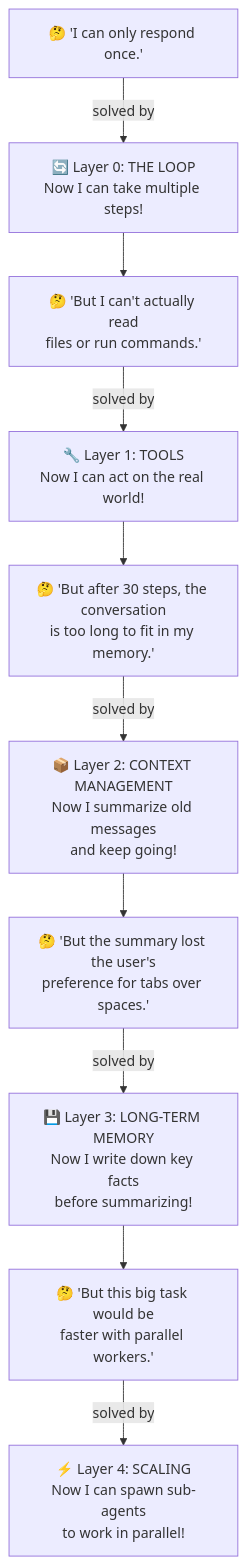
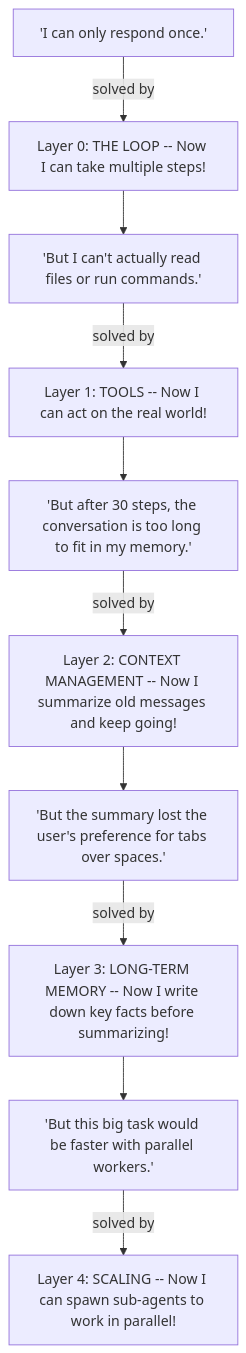
The fifth of 8 diagrams in README.md (2kages/agent-learning), drawn with Mermaid before and after one commit. The commit also changed other lines of this file and 2 other files, not shown here.

````diff
--- a/README.md
+++ b/README.md
@@ -112,28 +180,27 @@
 ```mermaid
 flowchart TD
-    P0["🤔 'I can only respond once.'"]
-    L0["🔄 Layer 0: THE LOOP<br/>Now I can take multiple steps!"]
+    P0["'I can only respond once.'"]
+    L0["Layer 0: THE LOOP -- Now I can take multiple steps!"]
 
-    P1["🤔 'But I can't actually read<br/>files or run commands.'"]
-    L1["🔧 Layer 1: TOOLS<br/>Now I can act on the real world!"]
+    P1["'But I can't actually read files or run commands.'"]
+    L1["Layer 1: TOOLS -- Now I can act on the real world!"]
 
-    P2["🤔 'But after 30 steps, the conversation<br/>is too long to fit in my memory.'"]
-    L2["📦 Layer 2: CONTEXT MANAGEMENT<br/>Now I summarize old messages<br/>and keep going!"]
+    P2["'But after 30 steps, the conversation is too long to fit in my memory.'"]
+    L2["Layer 2: CONTEXT MANAGEMENT -- Now I summarize old messages and keep going!"]
 
-    P3["🤔 'But the summary lost the user's<br/>preference for tabs over spaces.'"]
-    L3["💾 Layer 3: LONG-TERM MEMORY<br/>Now I write down key facts<br/>before summarizing!"]
+    P3["'But the summary lost the user's preference for tabs over spaces.'"]
+    L3["Layer 3: LONG-TERM MEMORY -- Now I write down key facts before summarizing!"]
 
-    P4["🤔 'But this big task would be<br/>faster with parallel workers.'"]
-    L4["⚡ Layer 4: SCALING<br/>Now I can spawn sub-agents<br/>to work in parallel!"]
+    P4["'But this big task would be faster with parallel workers.'"]
+    L4["Layer 4: SCALING -- Now I can spawn sub-agents to work in parallel!"]
 
     P0 -->|"solved by"| L0
     L0 --> P1
     P1 -->|"solved by"| L1
     L1 --> P2
     P2 -->|"solved by"| L2
     L2 --> P3
     P3 -->|"solved by"| L3
     L3 --> P4
     P4 -->|"solved by"| L4
-
 ```
````
